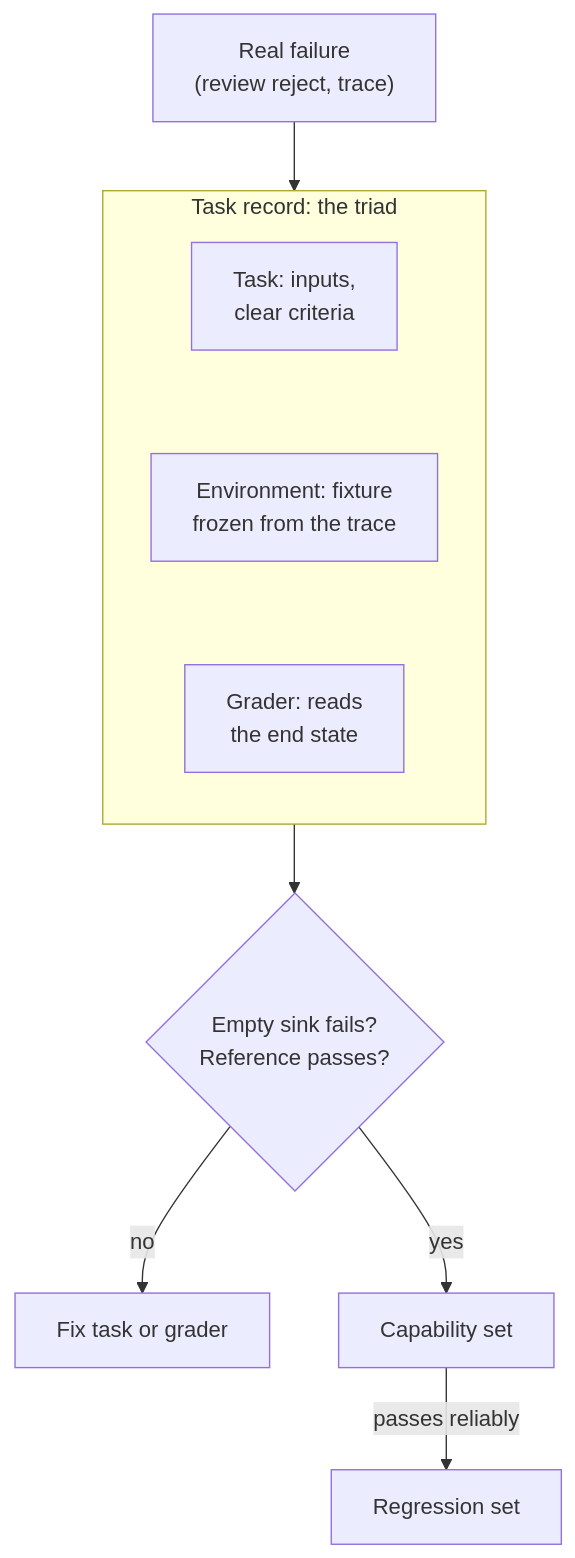
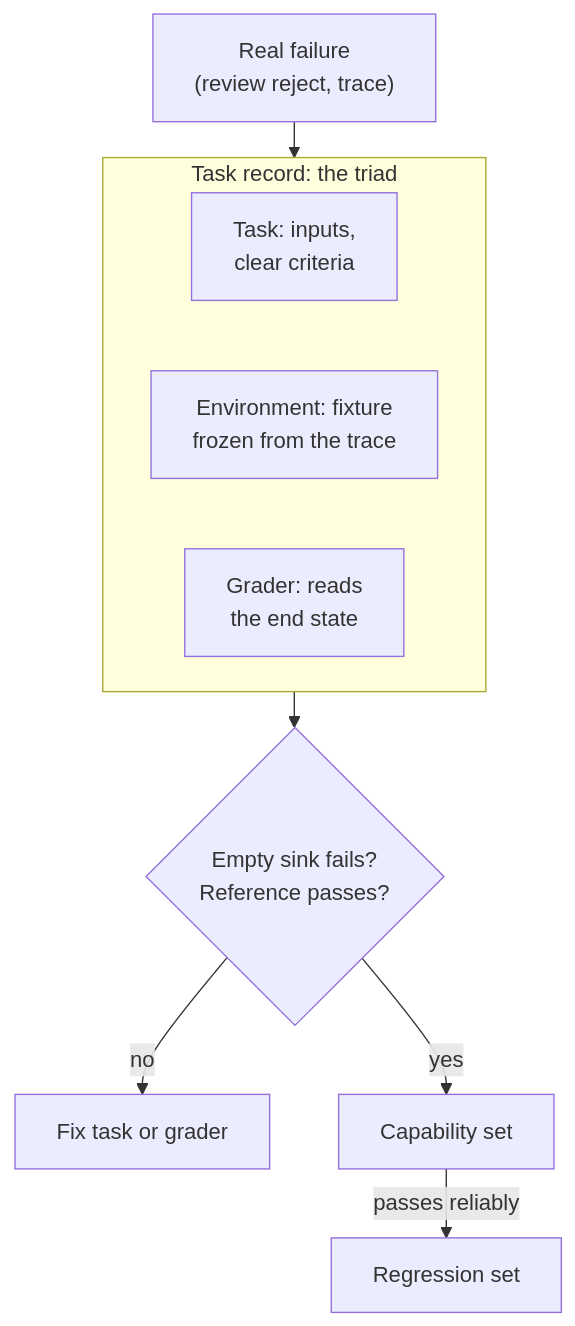
One commit to joshxinjie/agentic-harness-notes changed the diagram in diagrams/src/eval-task-from-failure.mmd. Above: the diagram before and after it, drawn with Mermaid. The commit also changed 26 other files, not shown here.

```diff
--- a/diagrams/src/eval-task-from-failure.mmd
+++ b/diagrams/src/eval-task-from-failure.mmd
@@ -1,13 +1,14 @@
+%%{init: {"flowchart": {"rankSpacing": 26}}}%%
 flowchart TD
     F["Real failure<br>(review reject, trace)"] --> T
     subgraph T["Task record: the triad"]
         direction TB
         T1["Task: inputs,<br>clear criteria"]
         T2["Environment: fixture<br>frozen from the trace"]
         T3["Grader: reads<br>the end state"]
         T1 ~~~ T2 ~~~ T3
     end
     T --> V{"Empty sink fails?<br>Reference passes?"}
     V -->|"no"| X["Fix task or grader"]
     V -->|"yes"| C["Capability set"]
     C -->|"passes reliably"| R["Regression set"]
```
